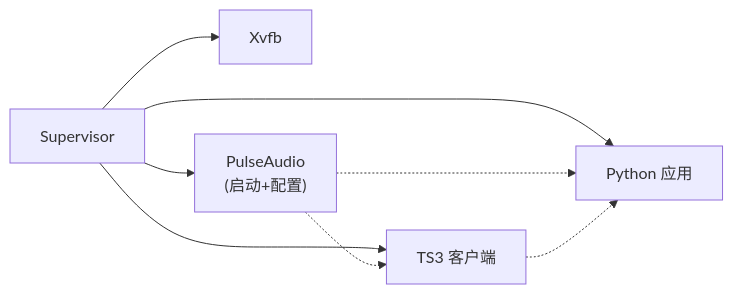
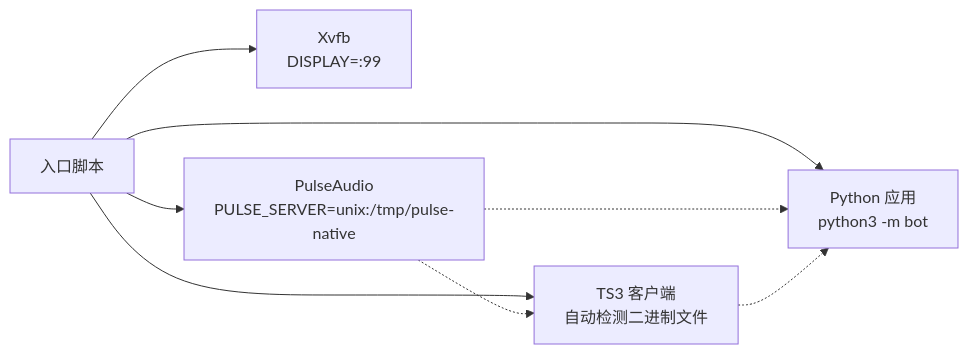
The fourth of 7 diagrams in .qoder/repowiki/zh/content/部署和运维/环境配置.md (GhoulOwl/Teamspeak3_Bot), drawn with Mermaid before and after one commit. The commit also changed other lines of this file and 8 other files, not shown here.

````diff
--- a/.qoder/repowiki/zh/content/部署和运维/环境配置.md
+++ b/.qoder/repowiki/zh/content/部署和运维/环境配置.md
@@ -192,10 +189,10 @@
 ```mermaid
 graph LR
-SUP["Supervisor"] --> XVFB["Xvfb"]
-SUP --> PA["PulseAudio<br/>(启动+配置)"]
-SUP --> TS3["TS3 客户端"]
-SUP --> BOT["Python 应用"]
+EP["入口脚本"] --> XVFB["Xvfb<br/>DISPLAY=:99"]
+EP --> PA["PulseAudio<br/>PULSE_SERVER=unix:/tmp/pulse-native"]
+EP --> TS3["TS3 客户端<br/>自动检测二进制文件"]
+EP --> BOT["Python 应用<br/>python3 -m bot"]
 PA -.-> TS3
 PA -.-> BOT
 TS3 -.-> BOT
 ```
````
